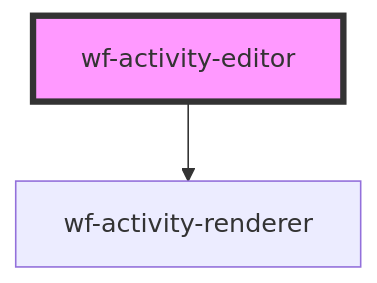
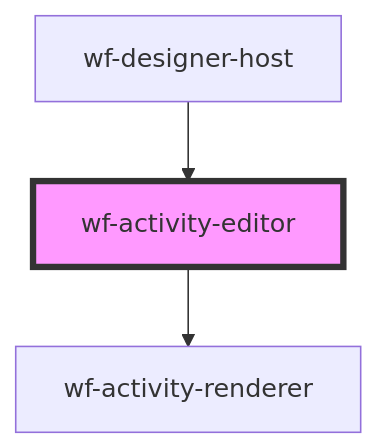
One commit to elsa-workflows/elsa-designer changed the diagram in src/components/workflow-designer/activity-editor/readme.md. Above: the diagram before and after it, drawn with Mermaid. The commit also changed other lines of this file and 96 other files, not shown here.

````diff
--- a/src/components/workflow-designer/activity-editor/readme.md
+++ b/src/components/workflow-designer/activity-editor/readme.md
@@ -30,5 +35,6 @@
 ```mermaid
 graph TD;
   wf-activity-editor --> wf-activity-renderer
+  wf-designer-host --> wf-activity-editor
   style wf-activity-editor fill:#f9f,stroke:#333,stroke-width:4px
 ```
````
